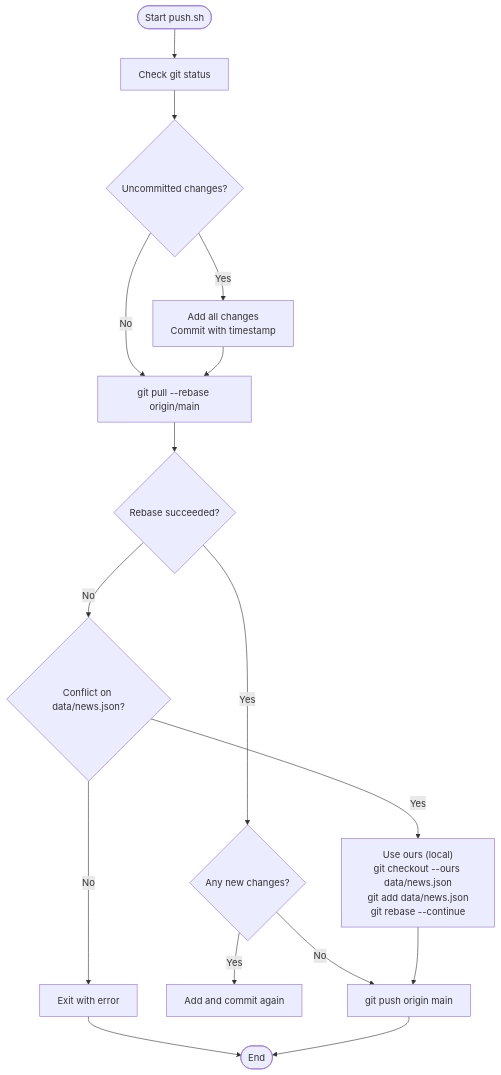
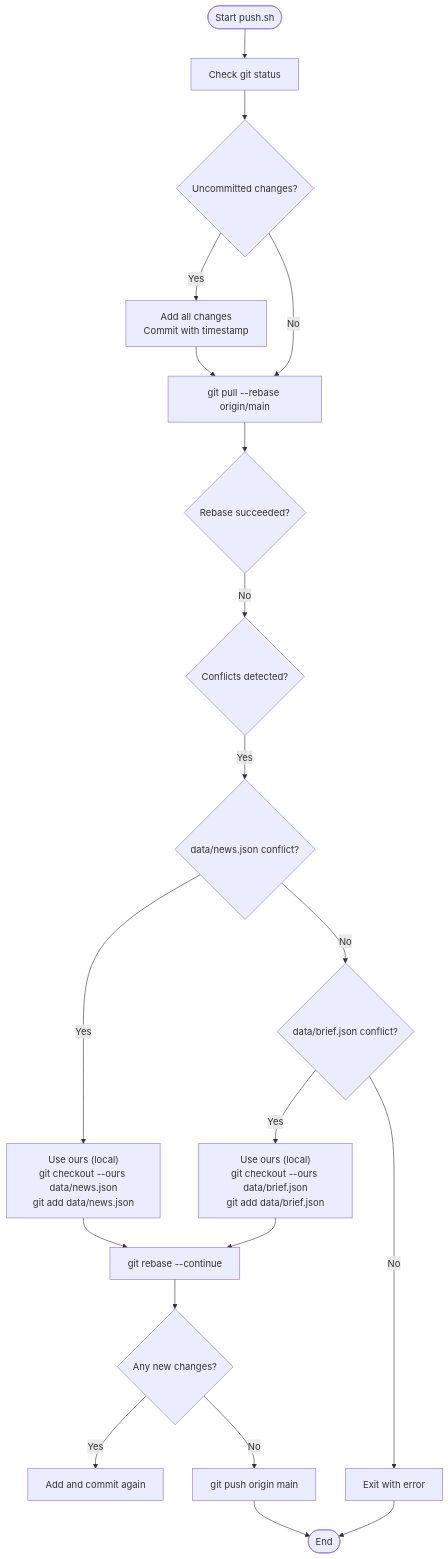
Before and after one commit to junxie01/daily_news: the fourth of 8 diagrams in .qoder/repowiki/en/content/Deployment & Automation.md, drawn with Mermaid. The commit also changed other lines of this file and 3 other files, not shown here.

````diff
--- a/.qoder/repowiki/en/content/Deployment & Automation.md
+++ b/.qoder/repowiki/en/content/Deployment & Automation.md
@@ -155,18 +190,22 @@
 ```mermaid
 flowchart TD
 PS_Start(["Start push.sh"]) --> PS_Status["Check git status"]
 PS_Status --> PS_HasChanges{"Uncommitted changes?"}
 PS_HasChanges --> |Yes| PS_AddCommit["Add all changes<br/>Commit with timestamp"]
 PS_HasChanges --> |No| PS_Pull["git pull --rebase origin/main"]
 PS_AddCommit --> PS_Pull
 PS_Pull --> PS_RebaseOK{"Rebase succeeded?"}
-PS_RebaseOK --> |No| PS_Conflict{"Conflict on data/news.json?"}
-PS_Conflict --> |Yes| PS_Ours["Use ours (local)<br/>git checkout --ours data/news.json<br/>git add data/news.json<br/>git rebase --continue"]
-PS_Conflict --> |No| PS_Fail["Exit with error"]
-PS_RebaseOK --> |Yes| PS_CheckAgain{"Any new changes?"}
+PS_RebaseOK --> |No| PS_Conflict{"Conflicts detected?"}
+PS_Conflict --> |Yes| PS_NewsConflict{"data/news.json conflict?"}
+PS_NewsConflict --> |Yes| PS_NewsOurs["Use ours (local)<br/>git checkout --ours data/news.json<br/>git add data/news.json"]
+PS_NewsConflict --> |No| PS_BriefConflict{"data/brief.json conflict?"}
+PS_BriefConflict --> |Yes| PS_BriefOurs["Use ours (local)<br/>git checkout --ours data/brief.json<br/>git add data/brief.json"]
+PS_BriefConflict --> |No| PS_Fail["Exit with error"]
+PS_NewsOurs --> PS_RebaseContinue["git rebase --continue"]
+PS_BriefOurs --> PS_RebaseContinue
+PS_RebaseContinue --> PS_CheckAgain{"Any new changes?"}
 PS_CheckAgain --> |Yes| PS_AddCommit2["Add and commit again"]
 PS_CheckAgain --> |No| PS_Push["git push origin main"]
-PS_Ours --> PS_Push
 PS_Fail --> PS_End(["End"])
 PS_Push --> PS_End
 ```
````
